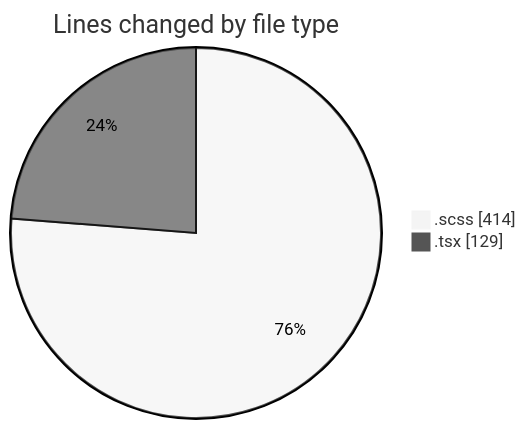
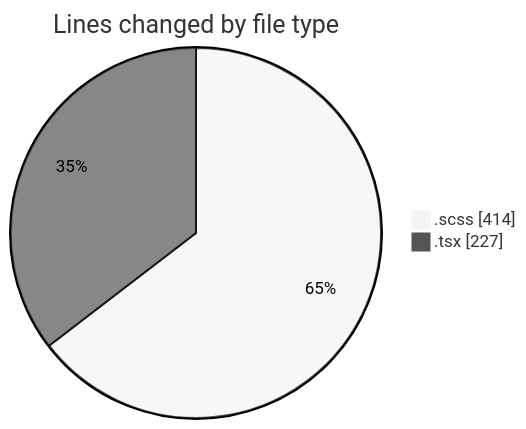
Before and after one commit to momahboobian/code-tracking: the first of 2 diagrams in 2025-03-02/cda/README.md, drawn with Mermaid (neutral theme). The commit also changed other lines of this file and 1 other file, not shown here.

````diff
--- a/2025-03-02/cda/README.md
+++ b/2025-03-02/cda/README.md
@@ -25,6 +26,6 @@
 ```mermaid
 pie showData
 title Lines changed by file type
 ".scss" : 414
-".tsx" : 129
+".tsx" : 227
 ```
````
